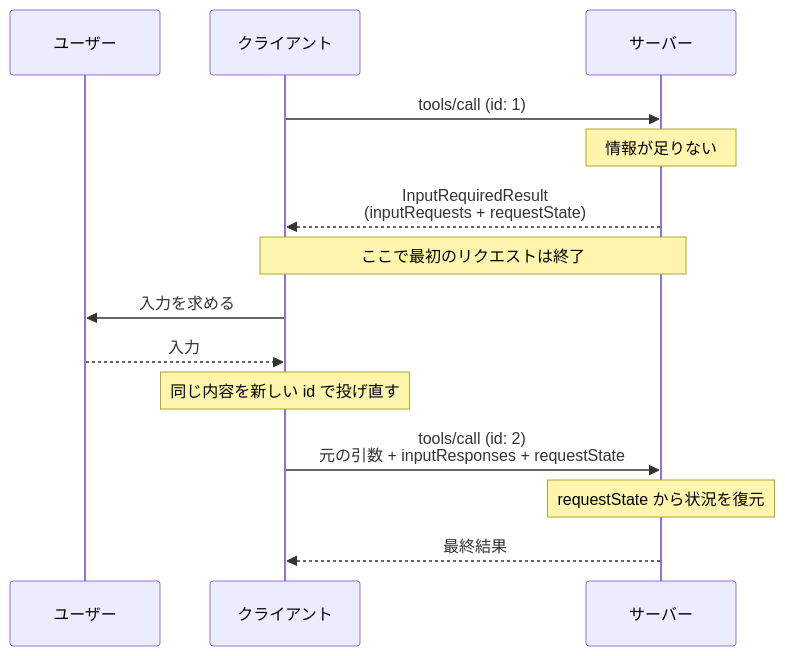
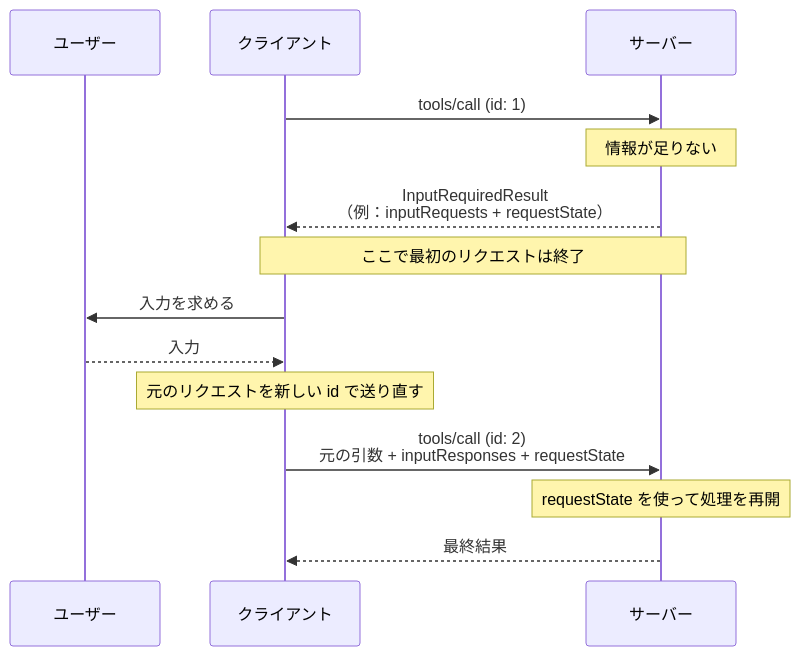
Before and after one commit to yamazaki-yuki-23/qiita-tech-blogs: the fourth of 5 diagrams in public/2026-08-mcp-2026-07-28.md, drawn with Mermaid. The commit also changed other lines of this file and 1 other file, not shown here.

````diff
--- a/public/2026-08-mcp-2026-07-28.md
+++ b/public/2026-08-mcp-2026-07-28.md
@@ -282,16 +221,16 @@
 ```mermaid
 sequenceDiagram
     participant U as ユーザー
     participant C as クライアント
     participant S as サーバー
     C->>S: tools/call (id: 1)
     Note over S: 情報が足りない
-    S-->>C: InputRequiredResult<br/>(inputRequests + requestState)
+    S-->>C: InputRequiredResult<br/>（例：inputRequests + requestState）
     Note over C,S: ここで最初のリクエストは終了
     C->>U: 入力を求める
     U-->>C: 入力
-    Note over C: 同じ内容を新しい id で投げ直す
+    Note over C: 元のリクエストを新しい id で送り直す
     C->>S: tools/call (id: 2)<br/>元の引数 + inputResponses + requestState
-    Note over S: requestState から状況を復元
+    Note over S: requestState を使って処理を再開
     S-->>C: 最終結果
 ```
````
